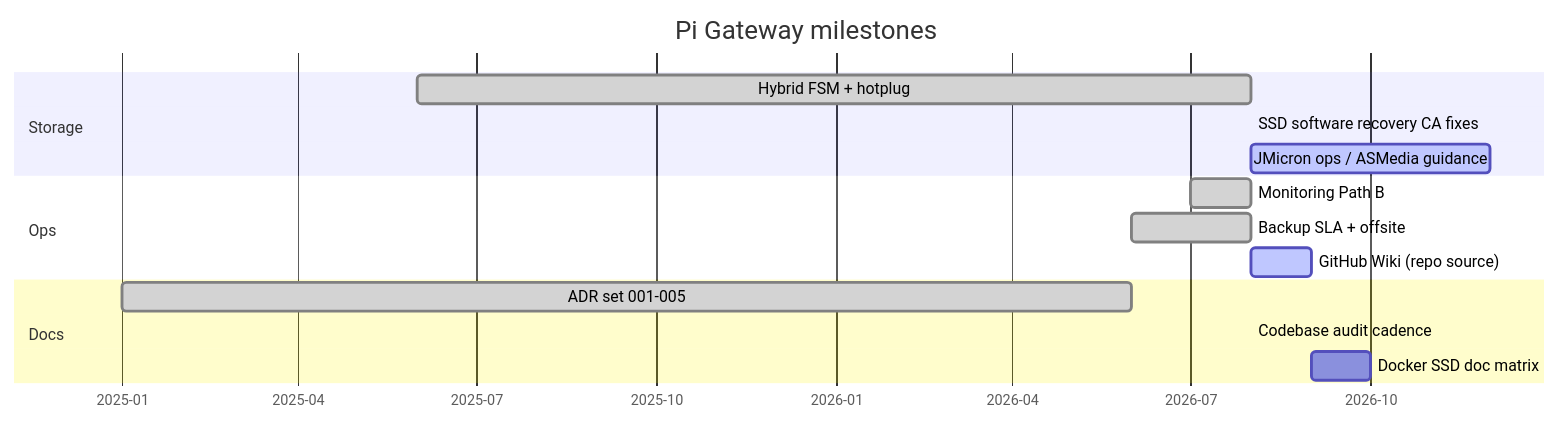
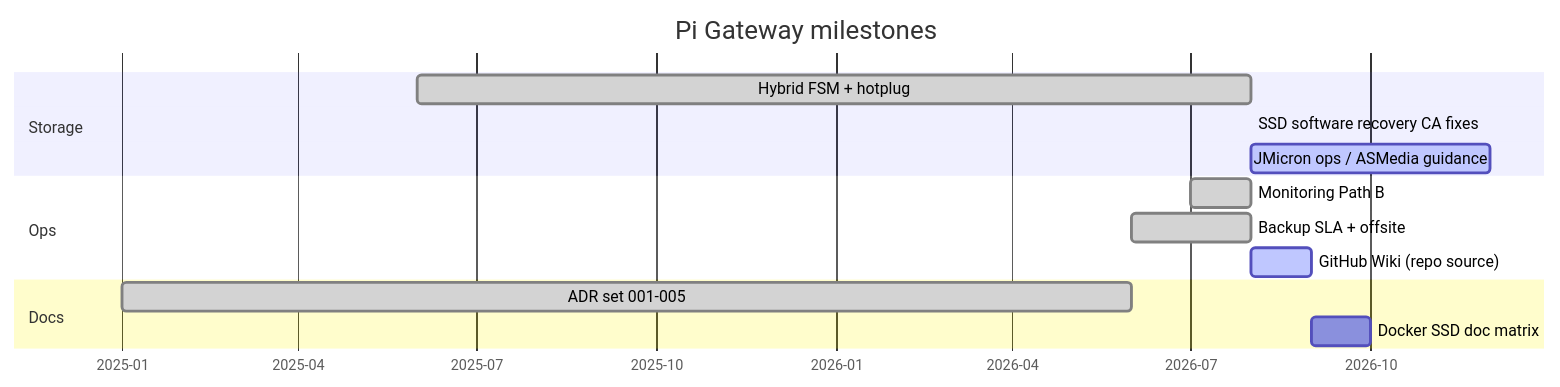
Before and after one commit to batu3384/pi-gateway: the diagram in wiki/Roadmap.md, drawn with Mermaid. The commit also changed other lines of this file and 8 other files, not shown here.

````diff
--- a/wiki/Roadmap.md
+++ b/wiki/Roadmap.md
@@ -47,21 +47,20 @@
 ```mermaid
 gantt
     title Pi Gateway milestones
     dateFormat YYYY-MM
     axisFormat %Y-%m
 
     section Storage
     Hybrid FSM + hotplug           :done, stor1, 2025-06, 2026-08
     SSD software recovery CA fixes :done, stor2, 2026-08, 2026-08
     JMicron ops / ASMedia guidance  :active, stor3, 2026-08, 2026-12
 
     section Ops
     Monitoring Path B              :done, ops1, 2026-07, 2026-08
     Backup SLA + offsite           :done, ops2, 2026-06, 2026-08
     GitHub Wiki (repo source)      :active, ops3, 2026-08, 2026-09
 
     section Docs
     ADR set 001-005                :done, doc1, 2025-01, 2026-06
-    Codebase audit cadence         :done, doc2, 2026-08, 2026-08
     Docker SSD doc matrix          :doc3, 2026-09, 2026-10
 ```
````
